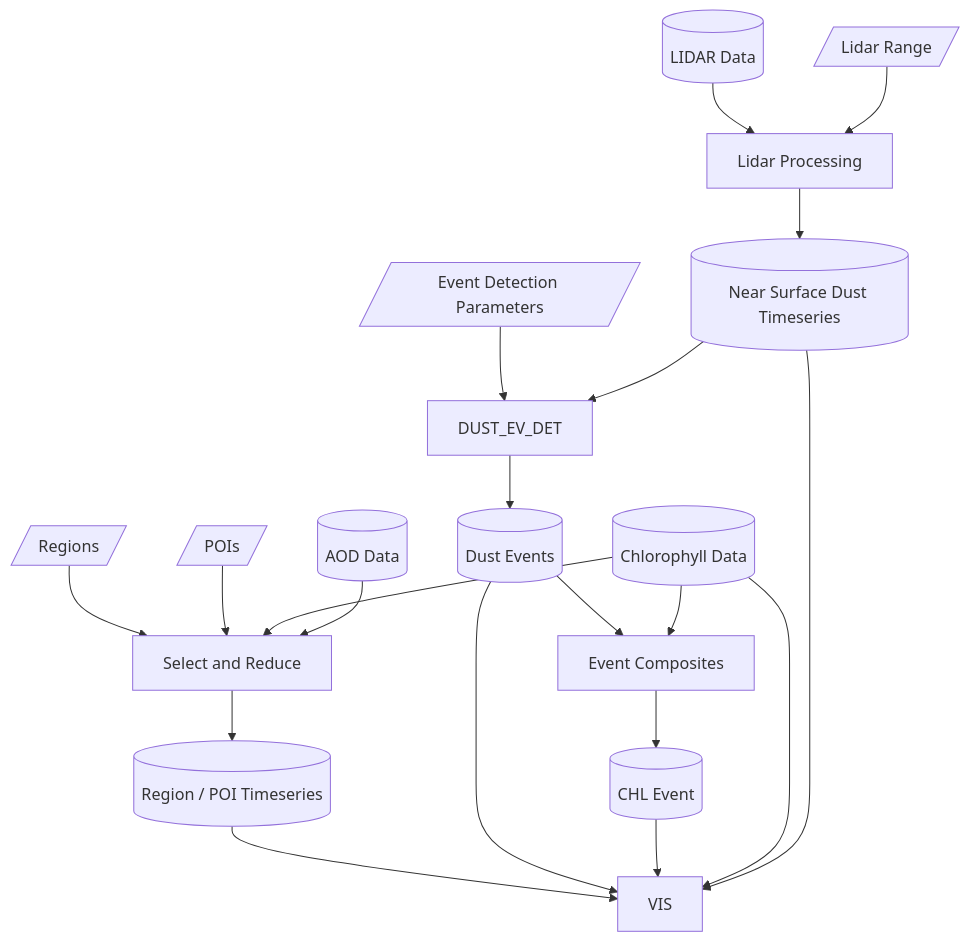
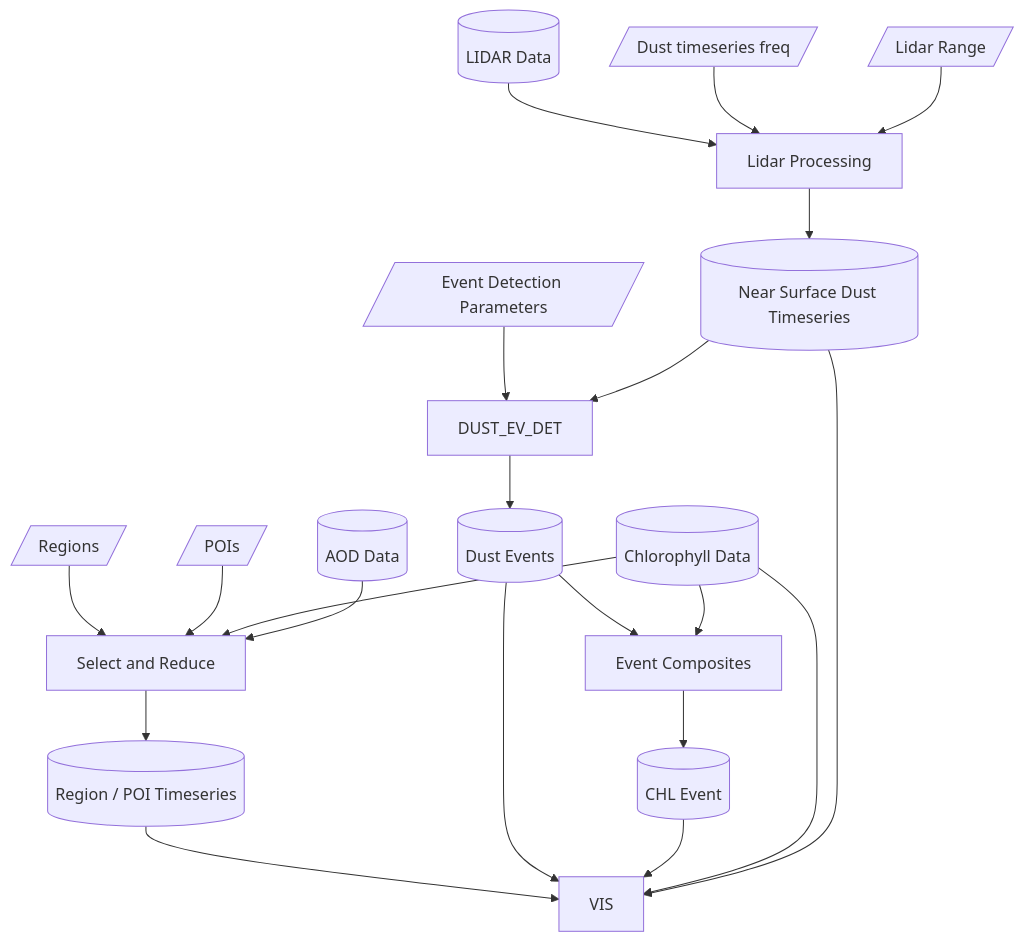
Before and after one commit to mardatade/Cabo-Verde-Dust: the diagram in README.md, drawn with Mermaid.

Commit message:
Add lidar freq param

````diff
--- a/README.md
+++ b/README.md
@@ -3,46 +3,48 @@
 ```mermaid
 flowchart TD
     %% datasets
     LIDAR[(LIDAR Data)]
     AOD[(AOD Data)]
     CHL[(Chlorophyll Data)]
     NSDST[(Near Surface Dust Timeseries)]
     REG_POI_TS[(Region / POI Timeseries)]
     DST_Events[(Dust Events)]
     CHL_Comp[(CHL Event)]
 
     %% user choices
     RGS[/Regions/]
     POI[/POIs/]
     LIDAR_RNG[/Lidar Range/]
+    DUST_FREQ[/Dust timeseries freq/]
     EVPRM[/Event Detection Parameters/]
 
     %% Process LIDAR data
     LIDAR --> LDRPRC[Lidar Processing]
+    DUST_FREQ --> LDRPRC
     LIDAR_RNG --> LDRPRC
     LDRPRC --> NSDST
 
     %% Visualize
     REG_POI_TS --> VIS
     DST_Events --> VIS
     CHL_Comp --> VIS
     CHL --> VIS
     NSDST --> VIS
     
     %% Select timesereis
     RGS --> SLCT_RED
     POI --> SLCT_RED
     CHL --> SLCT_RED
     AOD --> SLCT_RED[Select and Reduce]
     SLCT_RED --> REG_POI_TS
 
     %% Event detection
     EVPRM --> DUST_EV_DET
     NSDST --> DUST_EV_DET
     DUST_EV_DET --> DST_Events
 
     %% Event Composite
     DST_Events --> EV_COMP[Event Composites]
     CHL --> EV_COMP
     EV_COMP --> CHL_Comp
 ```
````
